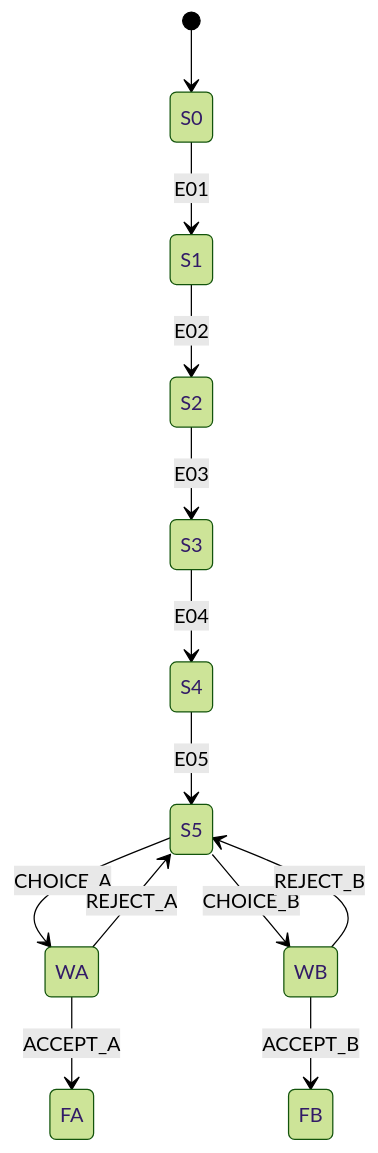
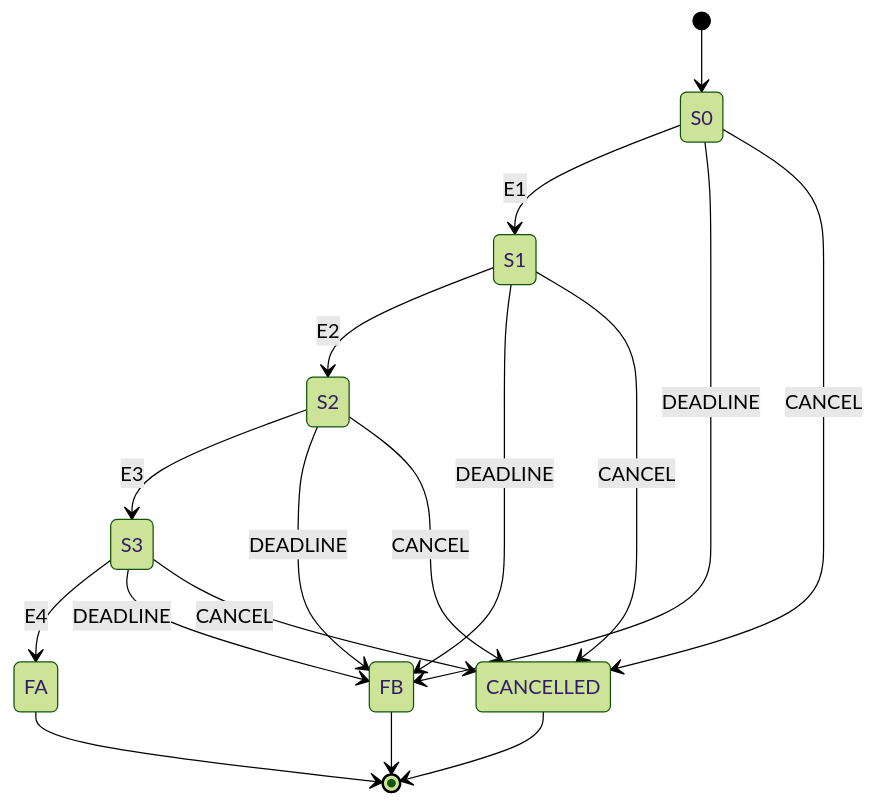
Before and after one commit to Stepami/golden-mouth: the diagram in docs/content-review/stories.md, drawn with Mermaid (forest theme). The commit also changed other lines of this file and 2 other files, not shown here.

````diff
--- a/docs/content-review/stories.md
+++ b/docs/content-review/stories.md
@@ -144,15 +68,19 @@
 ```mermaid
 stateDiagram-v2
     [*] --> S0
-    S0 --> S1: E01
-    S1 --> S2: E02
-    S2 --> S3: E03
-    S3 --> S4: E04
-    S4 --> S5: E05
-    S5 --> WA: CHOICE_A
-    WA --> FA: ACCEPT_A
-    WA --> S5: REJECT_A
-    S5 --> WB: CHOICE_B
-    WB --> FB: ACCEPT_B
-    WB --> S5: REJECT_B
+    S0 --> S1: E1
+    S1 --> S2: E2
+    S2 --> S3: E3
+    S3 --> FA: E4
+    S0 --> FB: DEADLINE
+    S1 --> FB: DEADLINE
+    S2 --> FB: DEADLINE
+    S3 --> FB: DEADLINE
+    S0 --> CANCELLED: CANCEL
+    S1 --> CANCELLED: CANCEL
+    S2 --> CANCELLED: CANCEL
+    S3 --> CANCELLED: CANCEL
+    FA --> [*]
+    FB --> [*]
+    CANCELLED --> [*]
 ```
````
